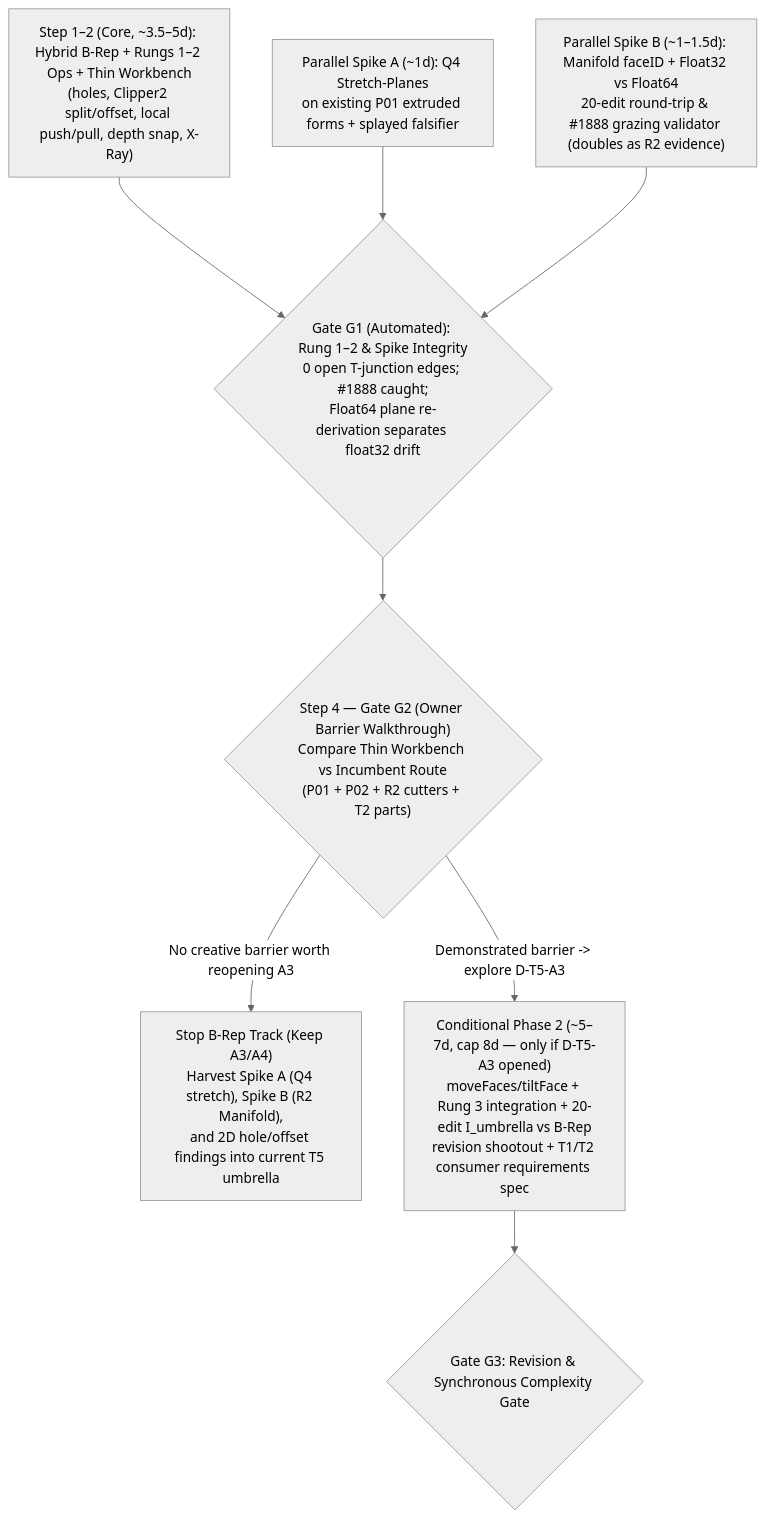
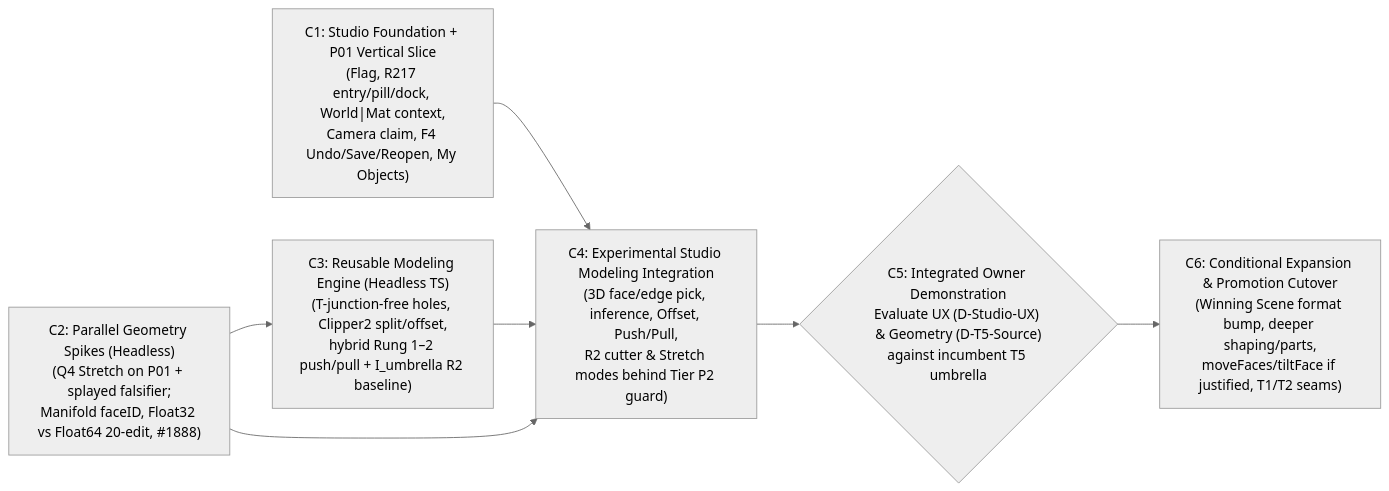
The second of 2 diagrams in broad-research/native-modeling-freedom/PROPOSAL.md (Biskiq/spatial-sketch-editor), drawn with Mermaid (neutral theme) before and after one commit. The commit also changed other lines of this file and 1 other file, not shown here.

Commit message:
Revise PR #266 proposal for candidate T5 in-app Native Object Studio

````diff
--- a/broad-research/native-modeling-freedom/PROPOSAL.md
+++ b/broad-research/native-modeling-freedom/PROPOSAL.md
@@ -105,15 +119,13 @@
 ```mermaid
-flowchart TD
-  P1A["Step 1–2 (Core, ~3.5–5d): Hybrid B-Rep + Rungs 1–2 Ops + Thin Workbench\n(holes, Clipper2 split/offset, local push/pull, depth snap, X-Ray)"]
-  P1B["Parallel Spike A (~1d): Q4 Stretch-Planes\non existing P01 extruded forms + splayed falsifier"]
-  P1C["Parallel Spike B (~1–1.5d): Manifold faceID + Float32 vs Float64\n20-edit round-trip & #1888 grazing validator (doubles as R2 evidence)"]
-  G1{"Gate G1 (Automated): Rung 1–2 & Spike Integrity\n0 open T-junction edges; #1888 caught;\nFloat64 plane re-derivation separates float32 drift"}
-  G2{"Step 4 — Gate G2 (Owner Barrier Walkthrough)\nCompare Thin Workbench vs Incumbent Route\n(P01 + P02 + R2 cutters + T2 parts)"}
-  STOP["Stop B-Rep Track (Keep A3/A4)\nHarvest Spike A (Q4 stretch), Spike B (R2 Manifold),\nand 2D hole/offset findings into current T5 umbrella"]
-  P2["Conditional Phase 2 (~5–7d, cap 8d — only if D-T5-A3 opened)\nmoveFaces/tiltFace + Rung 3 integration + 20-edit I_umbrella vs B-Rep\nrevision shootout + T1/T2 consumer requirements spec"]
-  G3{"Gate G3: Revision & Synchronous Complexity Gate"}
+flowchart LR
+  C1["C1: Studio Foundation + P01 Vertical Slice\n(Flag, R217 entry/pill/dock, World|Mat context,\nCamera claim, F4 Undo/Save/Reopen, My Objects)"]
+  C2["C2: Parallel Geometry Spikes (Headless)\n(Q4 Stretch on P01 + splayed falsifier;\nManifold faceID, Float32 vs Float64 20-edit, #1888)"]
+  C3["C3: Reusable Modeling Engine (Headless TS)\n(T-junction-free holes, Clipper2 split/offset,\nhybrid Rung 1–2 push/pull + I_umbrella R2 baseline)"]
+  C4["C4: Experimental Studio Modeling Integration\n(3D face/edge pick, inference, Offset, Push/Pull,\nR2 cutter & Stretch modes behind Tier P2 guard)"]
+  C5{"C5: Integrated Owner Demonstration\nEvaluate UX (D-Studio-UX) & Geometry (D-T5-Source)\nagainst incumbent T5 umbrella"}
+  C6["C6: Conditional Expansion & Promotion Cutover\n(Winning Scene format bump, deeper shaping/parts,\nmoveFaces/tiltFace if justified, T1/T2 seams)"]
 
-  P1A & P1B & P1C --> G1 --> G2
-  G2 -- "No creative barrier worth reopening A3" --> STOP
-  G2 -- "Demonstrated barrier -> explore D-T5-A3" --> P2 --> G3
+  C1 --> C4
+  C2 --> C3 --> C4 --> C5 --> C6
+  C2 --> C4
 ```
````
